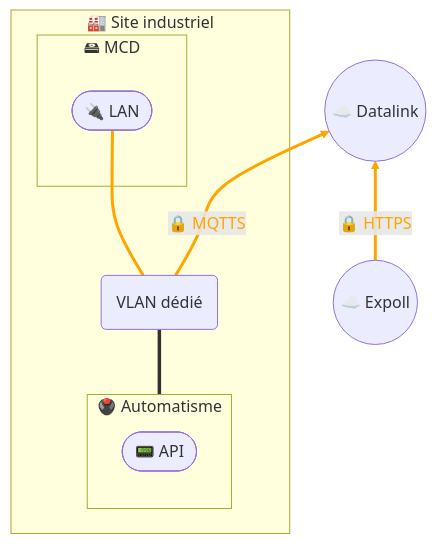
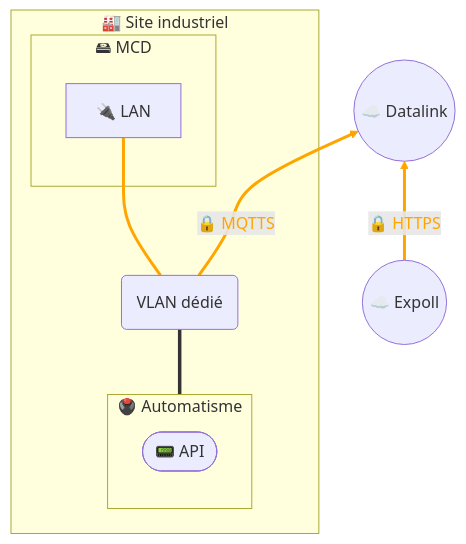
One commit to JohannPx/network-architectures changed the first of 2 diagrams in docs/control/Pilotage distant - Expoll Drive.md. Above: the diagram before and after it, drawn with Mermaid. The commit also changed other lines of this file and 8 other files, not shown here.

````diff
--- a/docs/control/Pilotage distant - Expoll Drive.md
+++ b/docs/control/Pilotage distant - Expoll Drive.md
@@ -5,23 +5,23 @@
 ```mermaid
 flowchart BT
 
     expoll((☁️ Expoll)) == 🔒 HTTPS ==> datalink((☁️ Datalink))
     vlan == 🔒 MQTTS ==> datalink
 
     subgraph site [🏭 Site industriel]
         subgraph mcd [🖴 MCD]
-            mcdLan([🔌 LAN])
+            mcdLan[🔌 LAN]
         end
         vlan(VLAN dédié)
         subgraph automation [🖲️ Automatisme]
             plc([📟 API])
         end
     end
 
     automation === vlan
     vlan === mcdLan
     
     linkStyle 0 stroke:orange,stroke-width:3px,color:orange;
     linkStyle 1 stroke:orange,stroke-width:3px,color:orange;
     linkStyle 3 stroke:orange,stroke-width:3px,color:orange;
 ```
````
